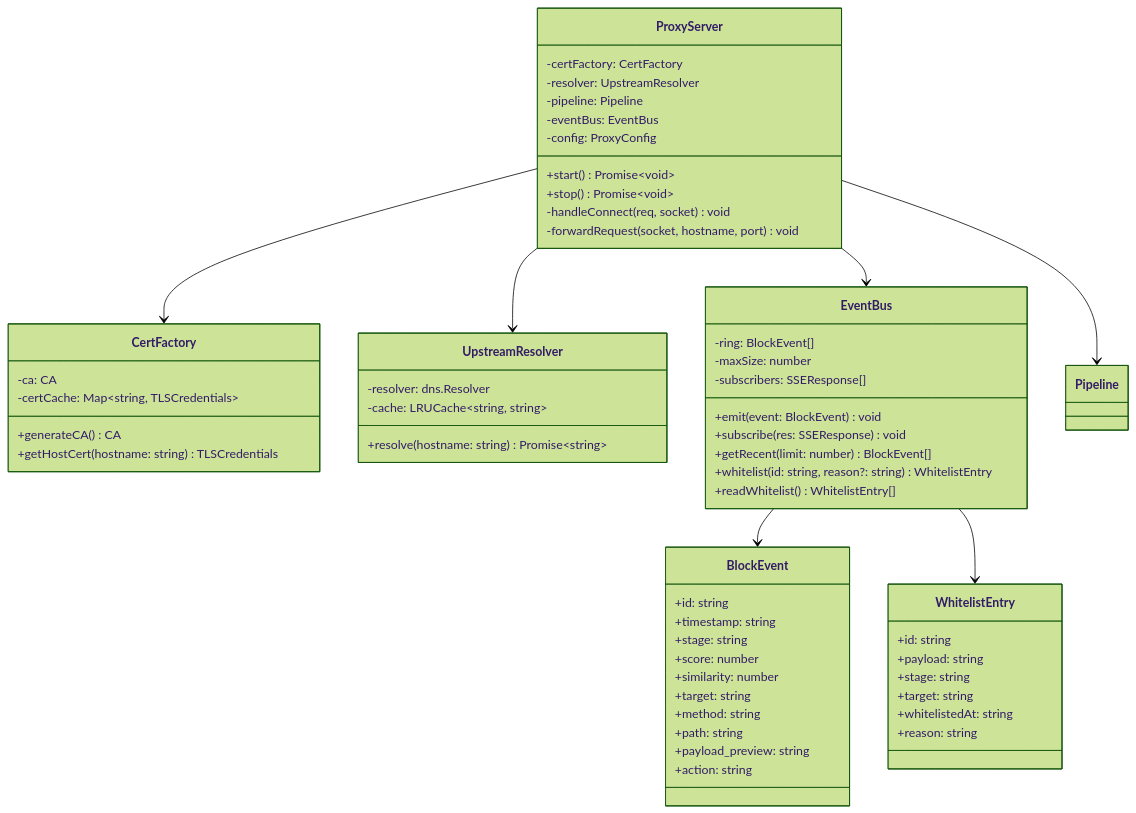
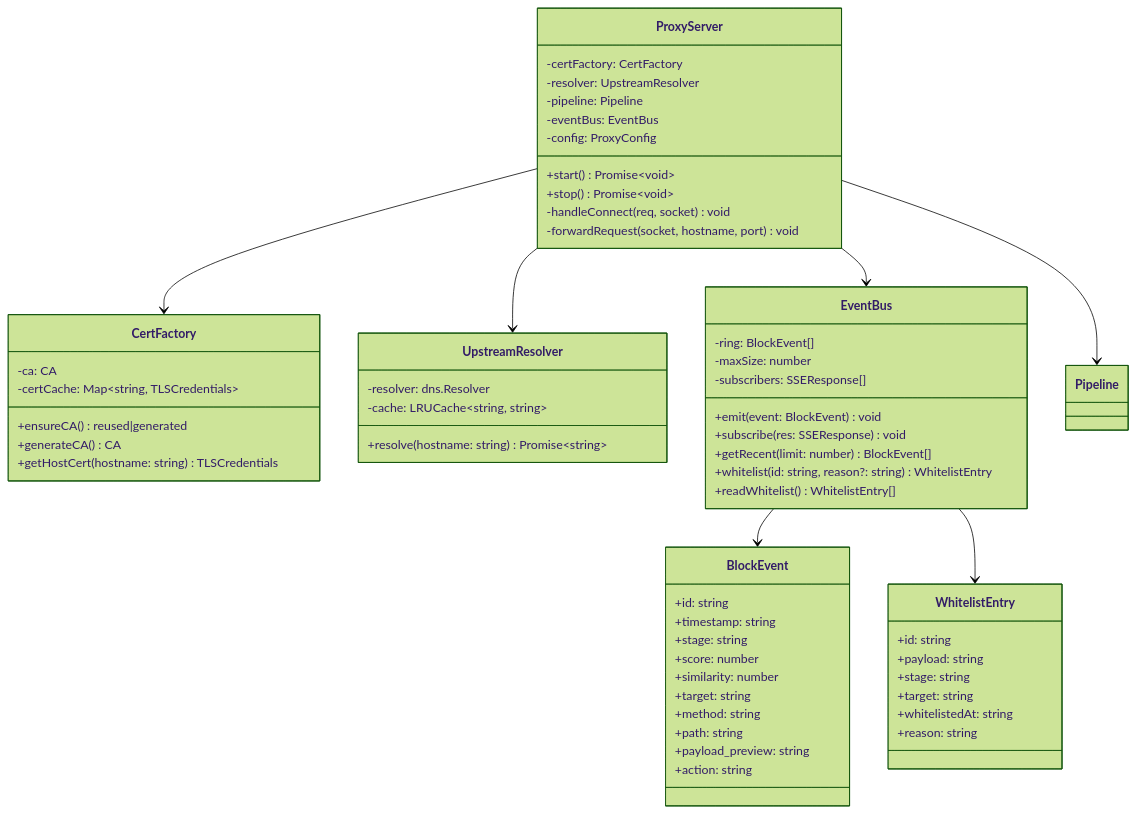
One commit to PIsberg/llm-fw changed the fourth of 11 diagrams in docs/ARCHITECTURE.md. Above: the diagram before and after it, drawn with Mermaid (forest theme). The commit also changed 8 other files, not shown here.

````diff
--- a/docs/ARCHITECTURE.md
+++ b/docs/ARCHITECTURE.md
@@ -167,67 +167,68 @@
 ```mermaid
 classDiagram
     class ProxyServer {
         -certFactory: CertFactory
         -resolver: UpstreamResolver
         -pipeline: Pipeline
         -eventBus: EventBus
         -config: ProxyConfig
         +start() Promise~void~
         +stop() Promise~void~
         -handleConnect(req, socket) void
         -forwardRequest(socket, hostname, port) void
     }
 
     class CertFactory {
         -ca: CA
         -certCache: Map~string, TLSCredentials~
+        +ensureCA() reused|generated
         +generateCA() CA
         +getHostCert(hostname: string) TLSCredentials
     }
 
     class UpstreamResolver {
         -resolver: dns.Resolver
         -cache: LRUCache~string, string~
         +resolve(hostname: string) Promise~string~
     }
 
     class EventBus {
         -ring: BlockEvent[]
         -maxSize: number
         -subscribers: SSEResponse[]
         +emit(event: BlockEvent) void
         +subscribe(res: SSEResponse) void
         +getRecent(limit: number) BlockEvent[]
         +whitelist(id: string, reason?: string) WhitelistEntry
         +readWhitelist() WhitelistEntry[]
     }
 
     class WhitelistEntry {
         +id: string
         +payload: string
         +stage: string
         +target: string
         +whitelistedAt: string
         +reason: string
     }
 
     class BlockEvent {
         +id: string
         +timestamp: string
         +stage: string
         +score: number
         +similarity: number
         +target: string
         +method: string
         +path: string
         +payload_preview: string
         +action: string
     }
 
     ProxyServer --> CertFactory
     ProxyServer --> UpstreamResolver
     ProxyServer --> Pipeline
     ProxyServer --> EventBus
     EventBus --> BlockEvent
     EventBus --> WhitelistEntry
 ```
````
